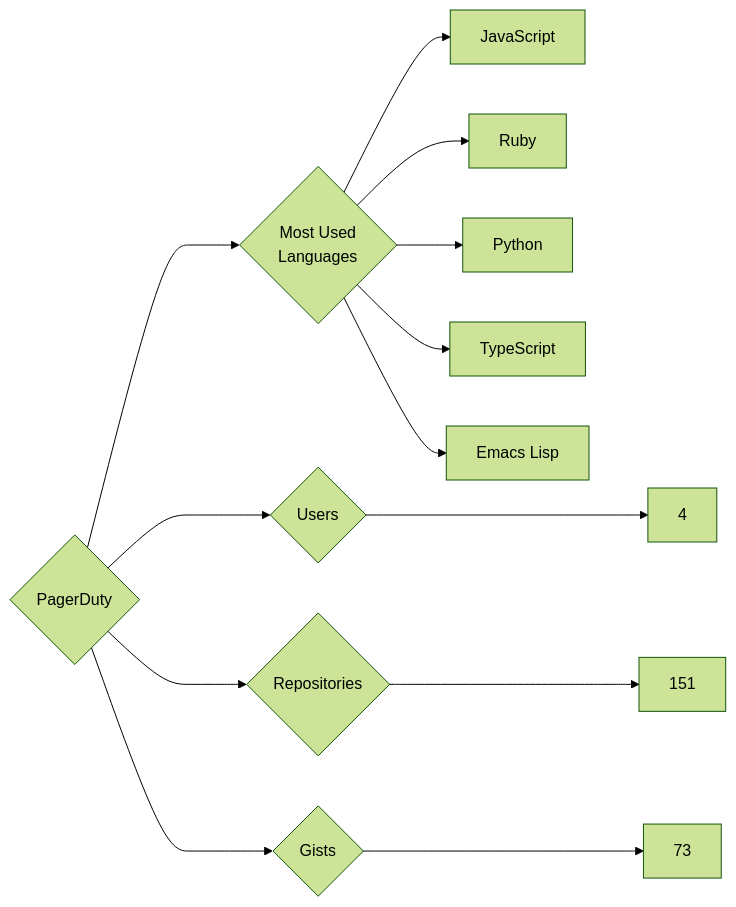
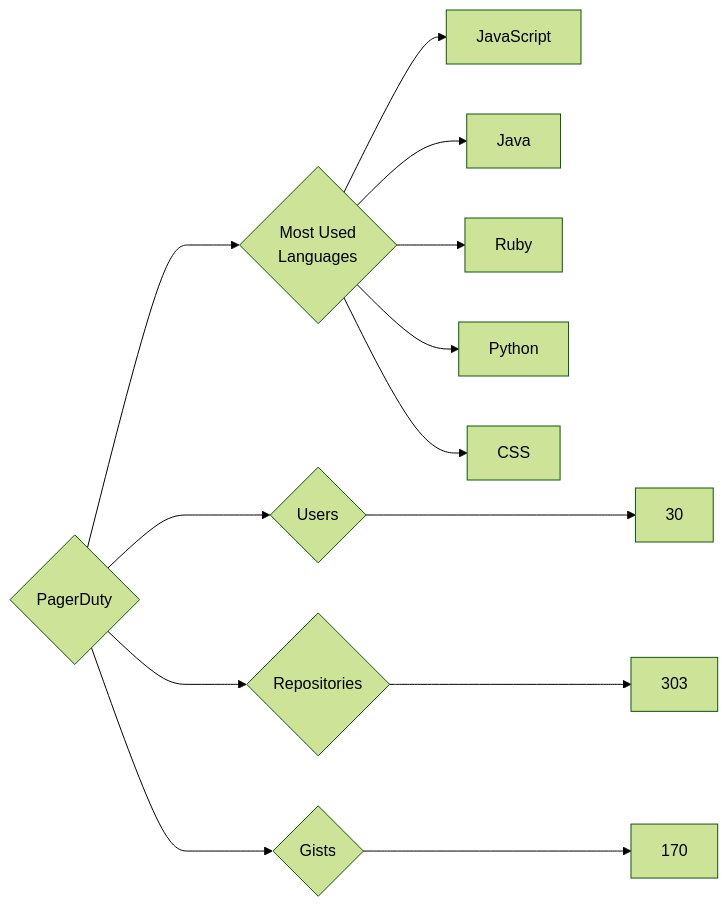
The diagram in targets/PagerDuty/README.md (trickest/insiders), drawn with Mermaid (forest theme) before and after one commit. The commit also changed 773 other files, not shown here.

````diff
--- a/targets/PagerDuty/README.md
+++ b/targets/PagerDuty/README.md
@@ -3,13 +3,13 @@
 ```mermaid
 graph LR
 COMPANY_NAME{PagerDuty}
-COMPANY_NAME ---> U{Users} ---> UN[4]
-COMPANY_NAME ---> R{Repositories} ---> RN[151]
-COMPANY_NAME ---> G{Gists} ---> GN[73]
+COMPANY_NAME ---> U{Users} ---> UN[30]
+COMPANY_NAME ---> R{Repositories} ---> RN[303]
+COMPANY_NAME ---> G{Gists} ---> GN[170]
 COMPANY_NAME ---> ML{Most Used<br>Languages}
 ML --> JavaScript[JavaScript]
+ML --> Java[Java]
 ML --> Ruby[Ruby]
 ML --> Python[Python]
-ML --> TypeScript[TypeScript]
-ML --> Emacs_Lisp[Emacs Lisp]
+ML --> CSS[CSS]
 ```
````
